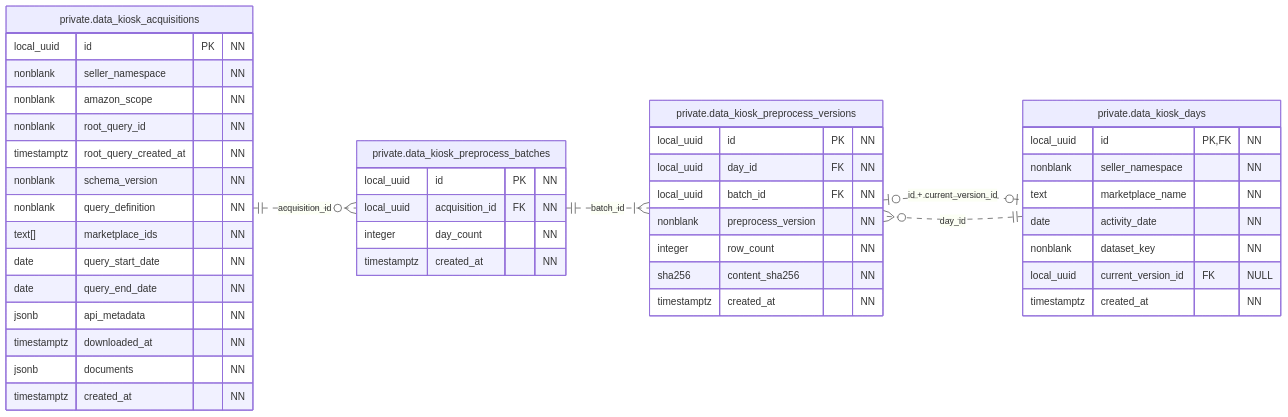
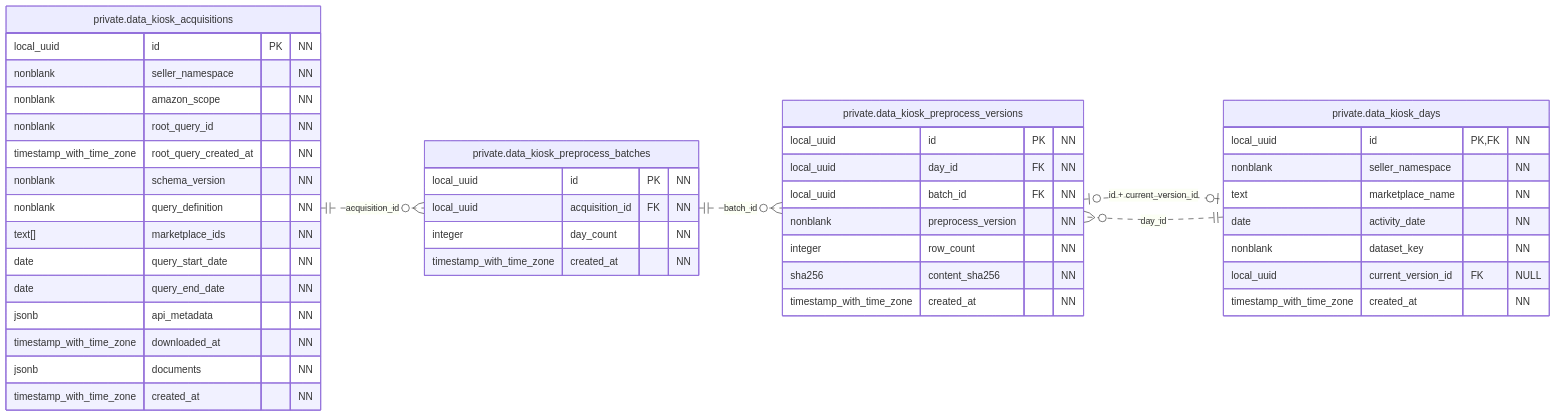
The diagram in docs/figures/database/04-data-kiosk-observations.mmd (qwercxzsda/A-SelBox), drawn with Mermaid before and after one commit. The commit also changed 377 other files, not shown here.

```diff
--- a/docs/figures/database/04-data-kiosk-observations.mmd
+++ b/docs/figures/database/04-data-kiosk-observations.mmd
@@ -1,50 +1,50 @@
 erDiagram
     direction LR
+    private_data_kiosk_preprocess_versions o|..o| private_data_kiosk_days : "id + current_version_id"
     private_data_kiosk_acquisitions ||..o{ private_data_kiosk_preprocess_batches : "acquisition_id"
+    private_data_kiosk_preprocess_batches ||..o{ private_data_kiosk_preprocess_versions : "batch_id"
     private_data_kiosk_days ||..o{ private_data_kiosk_preprocess_versions : "day_id"
-    private_data_kiosk_preprocess_batches ||..|{ private_data_kiosk_preprocess_versions : "batch_id"
-    private_data_kiosk_preprocess_versions o|..o| private_data_kiosk_days : "id + current_version_id"
 
     private_data_kiosk_acquisitions["private.data_kiosk_acquisitions"] {
         local_uuid id PK "NN"
         nonblank seller_namespace "NN"
         nonblank amazon_scope "NN"
         nonblank root_query_id "NN"
-        timestamptz root_query_created_at "NN"
+        timestamp_with_time_zone root_query_created_at "NN"
         nonblank schema_version "NN"
         nonblank query_definition "NN"
         text[] marketplace_ids "NN"
         date query_start_date "NN"
         date query_end_date "NN"
         jsonb api_metadata "NN"
-        timestamptz downloaded_at "NN"
+        timestamp_with_time_zone downloaded_at "NN"
         jsonb documents "NN"
-        timestamptz created_at "NN"
-    }
-
-    private_data_kiosk_preprocess_batches["private.data_kiosk_preprocess_batches"] {
-        local_uuid id PK "NN"
-        local_uuid acquisition_id FK "NN"
-        integer day_count "NN"
-        timestamptz created_at "NN"
+        timestamp_with_time_zone created_at "NN"
     }
 
     private_data_kiosk_days["private.data_kiosk_days"] {
         local_uuid id PK, FK "NN"
         nonblank seller_namespace "NN"
         text marketplace_name "NN"
         date activity_date "NN"
         nonblank dataset_key "NN"
         local_uuid current_version_id FK "NULL"
-        timestamptz created_at "NN"
+        timestamp_with_time_zone created_at "NN"
+    }
+
+    private_data_kiosk_preprocess_batches["private.data_kiosk_preprocess_batches"] {
+        local_uuid id PK "NN"
+        local_uuid acquisition_id FK "NN"
+        integer day_count "NN"
+        timestamp_with_time_zone created_at "NN"
     }
 
     private_data_kiosk_preprocess_versions["private.data_kiosk_preprocess_versions"] {
         local_uuid id PK "NN"
         local_uuid day_id FK "NN"
         local_uuid batch_id FK "NN"
         nonblank preprocess_version "NN"
         integer row_count "NN"
         sha256 content_sha256 "NN"
-        timestamptz created_at "NN"
+        timestamp_with_time_zone created_at "NN"
     }
```
